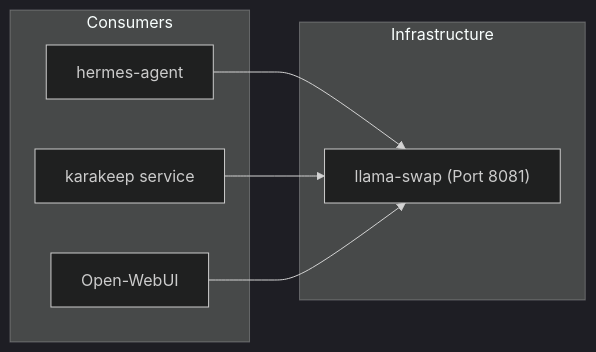
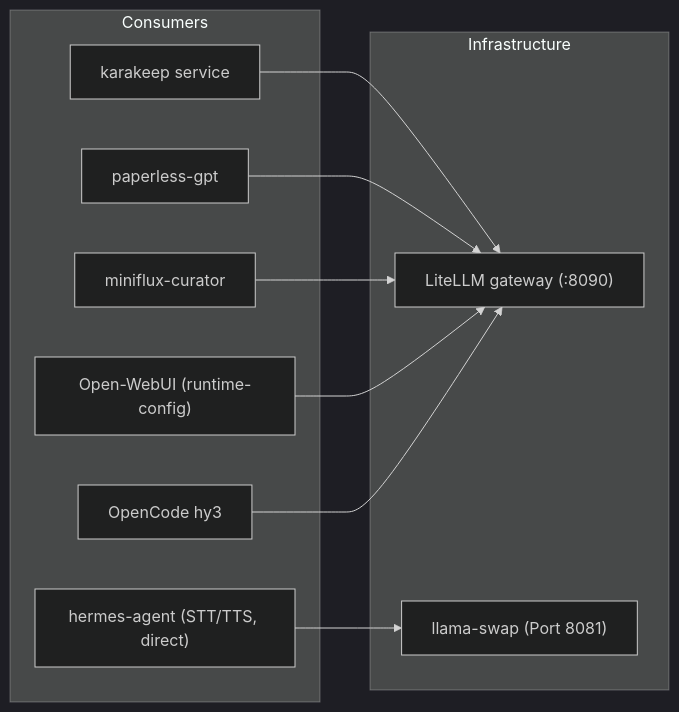
One commit to Cody-W-Tucker/nix-config changed the second of 2 diagrams in docs/Local-AI-Infrastructure.md. Above: the diagram before and after it, drawn with Mermaid (dark theme). The commit also changed other lines of this file and 12 other files, not shown here.

````diff
--- a/docs/Local-AI-Infrastructure.md
+++ b/docs/Local-AI-Infrastructure.md
@@ -104,14 +106,21 @@
 ```mermaid
 flowchart LR
     subgraph Consumers
-        Hermes["hermes-agent"]
+        Hermes["hermes-agent (STT/TTS, direct)"]
         Karakeep["karakeep service"]
-        OWebUI["Open-WebUI"]
+        Paperless["paperless-gpt"]
+        Curator["miniflux-curator"]
+        OWebUI["Open-WebUI (runtime-config)"]
+        OpenCode["OpenCode hy3"]
     end
     subgraph Infrastructure
+        LiteLLM["LiteLLM gateway (:8090)"]
         LSwap["llama-swap (Port 8081)"]
     end
     Hermes --> LSwap
-    Karakeep --> LSwap
-    OWebUI --> LSwap
+    Karakeep --> LiteLLM
+    Paperless --> LiteLLM
+    Curator --> LiteLLM
+    OWebUI --> LiteLLM
+    OpenCode --> LiteLLM
 ```
````
